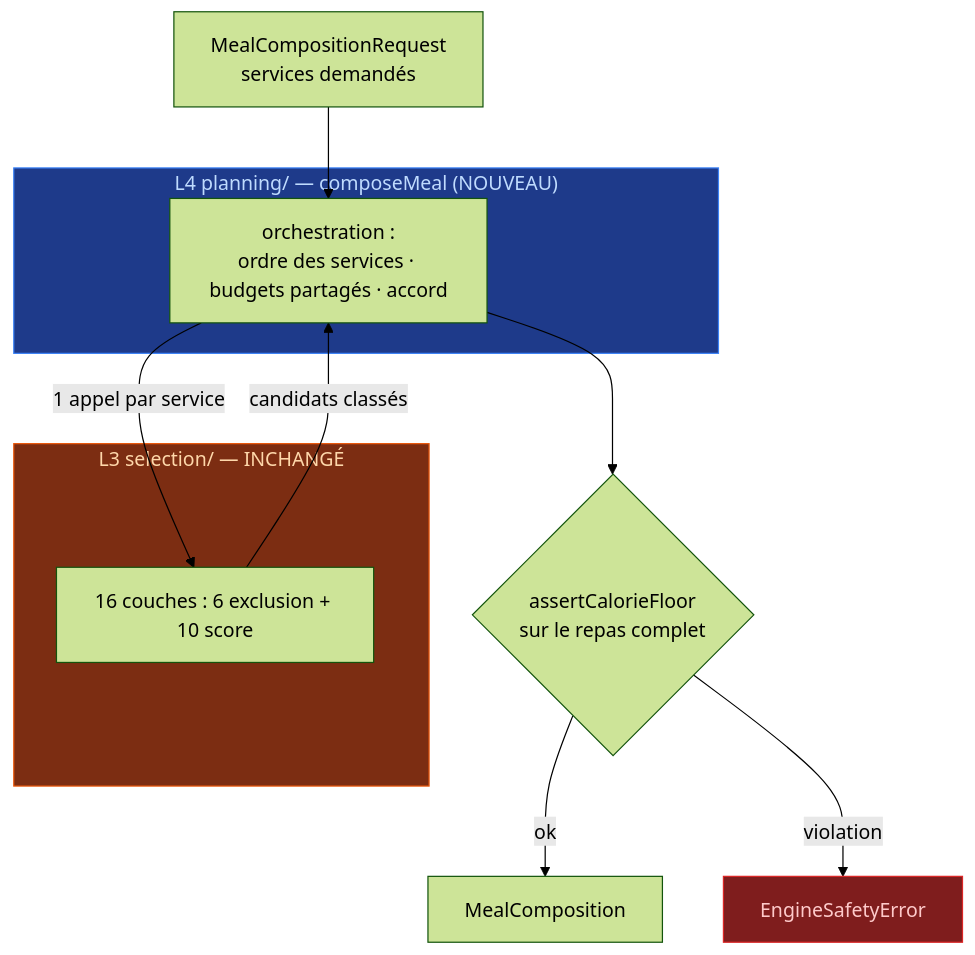
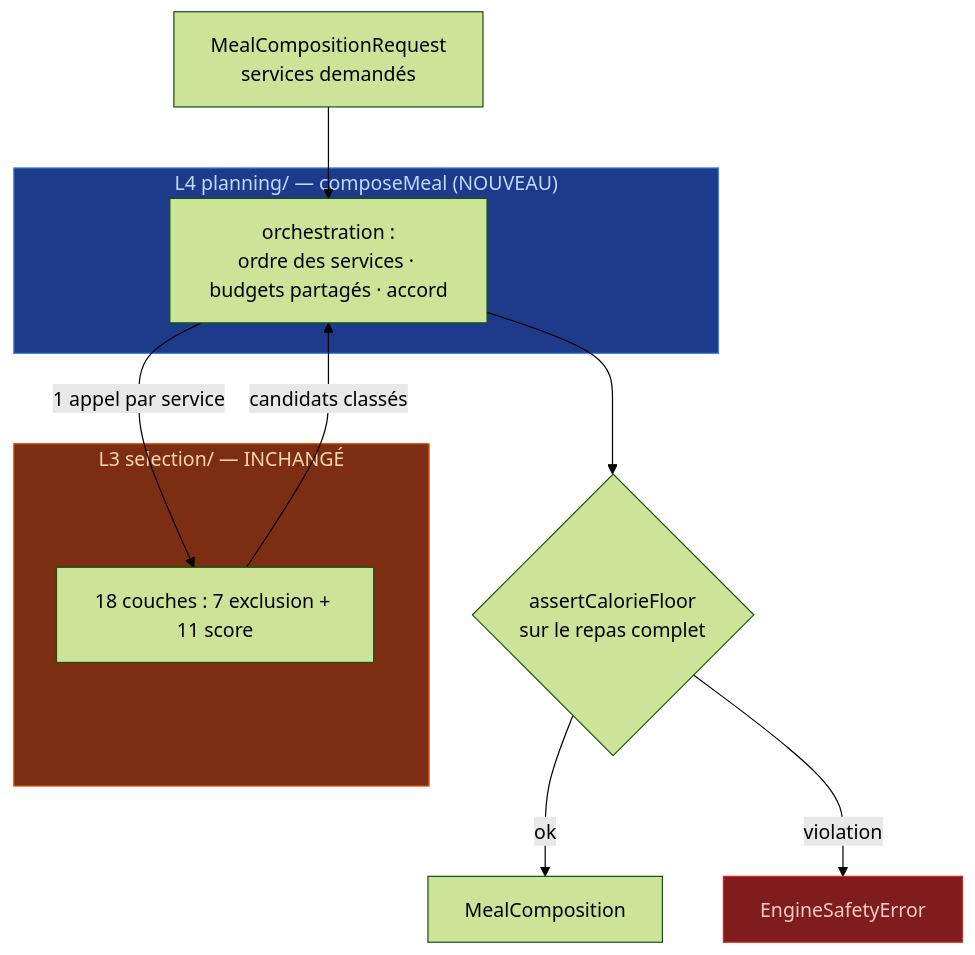
Before and after one commit to poubellebellesse-dev/appli_nutrition: the diagram in docs/CONCEPTION_B_VIN_REPAS.md, drawn with Mermaid (forest theme). The commit also changed 18 other files, not shown here.

````diff
--- a/docs/CONCEPTION_B_VIN_REPAS.md
+++ b/docs/CONCEPTION_B_VIN_REPAS.md
@@ -205,23 +205,23 @@
 ```mermaid
 flowchart TB
     REQ["MealCompositionRequest<br/>services demandés"] --> C
 
     subgraph L4["L4 planning/ — composeMeal (NOUVEAU)"]
         C["orchestration :<br/>ordre des services · budgets partagés · accord"]
     end
 
     C -->|1 appel par service| SEL
 
     subgraph L3["L3 selection/ — INCHANGÉ"]
-        SEL["16 couches : 6 exclusion + 10 score"]
+        SEL["18 couches : 7 exclusion + 11 score"]
     end
 
     SEL -->|candidats classés| C
     C --> G{"assertCalorieFloor<br/>sur le repas complet"}
     G -->|ok| OUT["MealComposition"]
     G -->|violation| ERR["EngineSafetyError"]
 
     style L4 fill:#1e3a8a,stroke:#3b82f6,color:#bfdbfe
     style L3 fill:#7c2d12,stroke:#ea580c,color:#fed7aa
     style ERR fill:#7f1d1d,stroke:#dc2626,color:#fecaca
 ```
````
